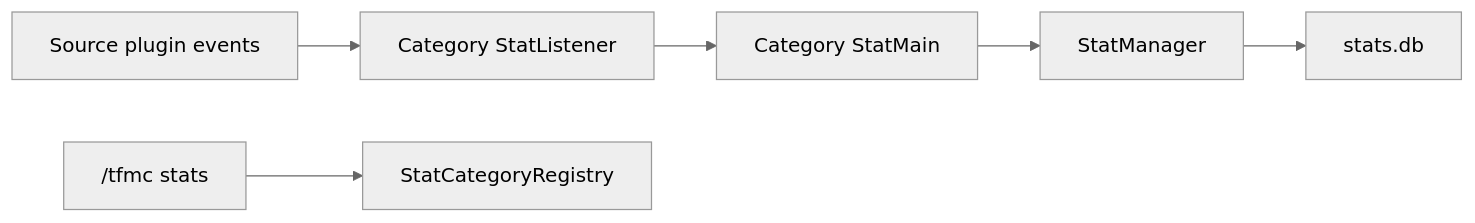
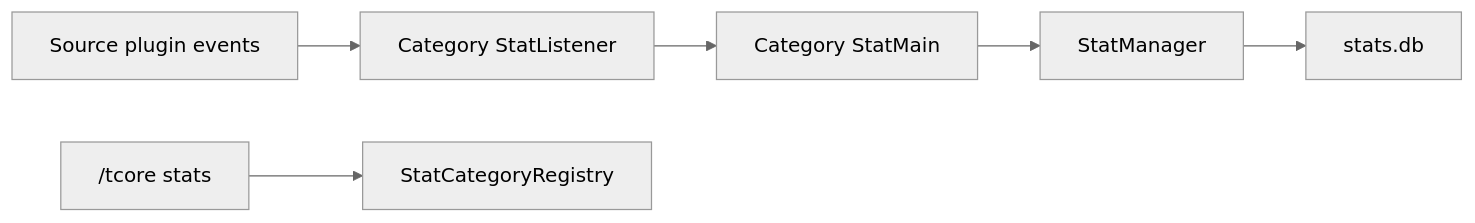
The diagram in projects/TFMCCore/src/main/java/net/tfminecraft/tfmccore/stats/ARCHITECTURE.md (TF-Minecraft/Docs), drawn with Mermaid (neutral theme) before and after one commit. The commit also changed other lines of this file and 3 other files, not shown here.

````diff
--- a/projects/TFMCCore/src/main/java/net/tfminecraft/tfmccore/stats/ARCHITECTURE.md
+++ b/projects/TFMCCore/src/main/java/net/tfminecraft/tfmccore/stats/ARCHITECTURE.md
@@ -68,8 +68,8 @@
 ```mermaid
 flowchart LR
   SourcePlugin[Source plugin events] --> Listener[Category StatListener]
   Listener --> Main[Category StatMain]
   Main --> StatManager
   StatManager --> Sqlite[stats.db]
-  StatsCmd["/tfmc stats"] --> StatCategoryRegistry
+  StatsCmd["/tcore stats"] --> StatCategoryRegistry
 ```
````
